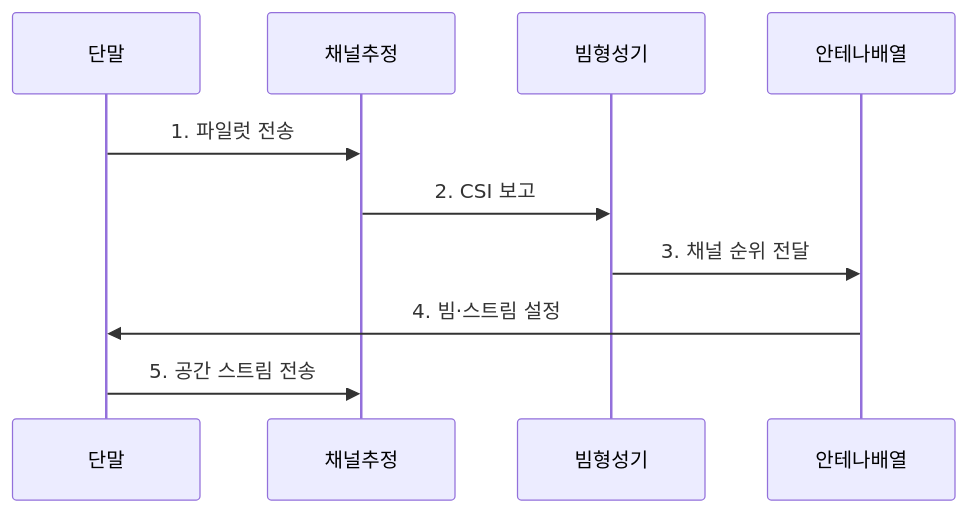
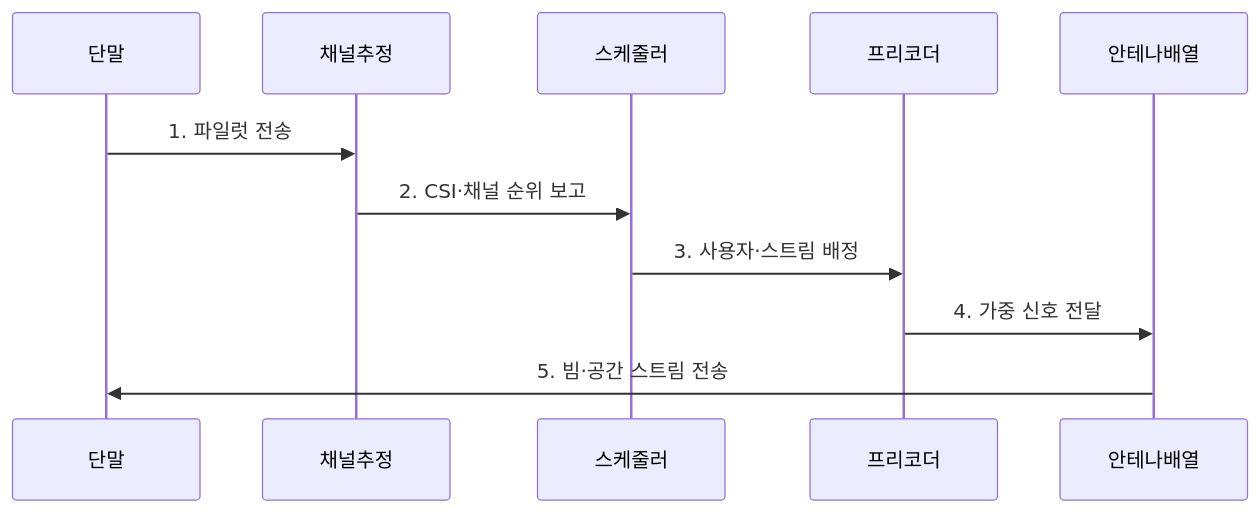
The second of 2 diagrams in src/content/docs/notes/04-network/067_mimo_massive_mimo.md (agnusdei1207/knowledge-base), drawn with Mermaid before and after one commit. The commit also changed other lines of this file and 20 other files, not shown here.

````diff
--- a/src/content/docs/notes/04-network/067_mimo_massive_mimo.md
+++ b/src/content/docs/notes/04-network/067_mimo_massive_mimo.md
@@ -87,12 +91,13 @@
 ```mermaid
 sequenceDiagram
     participant 단말
     participant 채널추정
-    participant 빔형성기
+    participant 스케줄러
+    participant 프리코더
     participant 안테나배열
     단말->>채널추정: 1. 파일럿 전송
-    채널추정->>빔형성기: 2. CSI 보고
-    빔형성기->>안테나배열: 3. 채널 순위 전달
-    안테나배열->>단말: 4. 빔·스트림 설정
-    단말->>채널추정: 5. 공간 스트림 전송
+    채널추정->>스케줄러: 2. CSI·채널 순위 보고
+    스케줄러->>프리코더: 3. 사용자·스트림 배정
+    프리코더->>안테나배열: 4. 가중 신호 전달
+    안테나배열->>단말: 5. 빔·공간 스트림 전송
 ```
````
